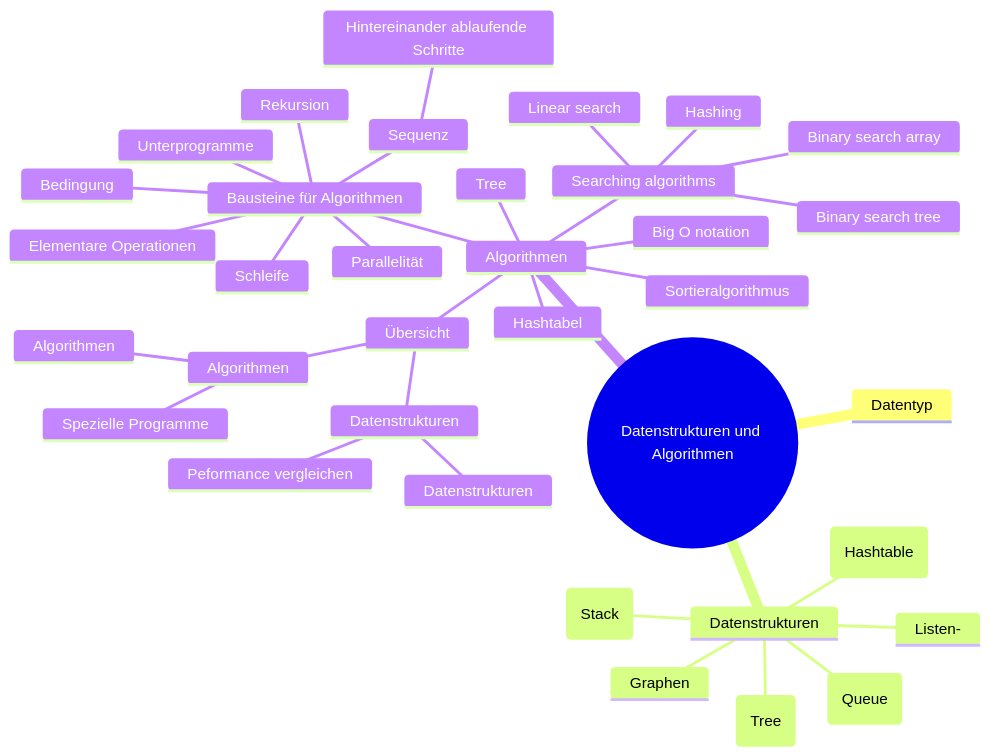
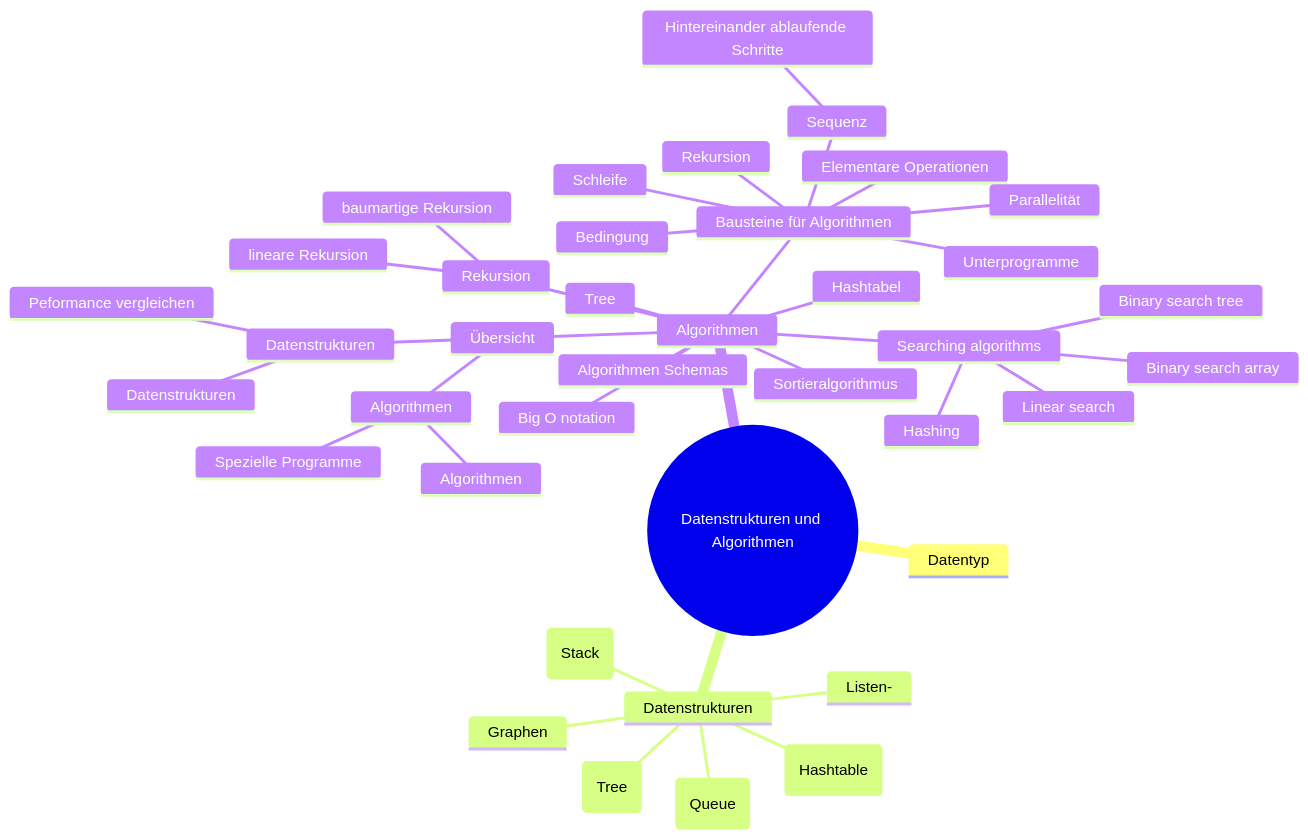
The diagram in docs/index.md (tsolenthaler/zbwAlgDs), drawn with Mermaid before and after one commit. The commit also changed 6 other files, not shown here.

````diff
--- a/docs/index.md
+++ b/docs/index.md
@@ -6,40 +6,45 @@
 ``` mermaid
 mindmap
     root((Datenstrukturen und Algorithmen))
         Datentyp
         Datenstrukturen
             Listen-
             Baumstrukturen (Tree)
             Warteschlangen (Queue)
             Stapel (Stack)
             Hashtabellen (Hashtable)
             Graphen
 
         Algorithmen
             Übersicht
                 Datenstrukturen
                     Peformance vergleichen
                     Datenstrukturen
                 Algorithmen
                     Algorithmen
                     Spezielle Programme
             Bausteine für Algorithmen
                 Elementare Operationen
                 Sequenz
                     Hintereinander ablaufende Schritte
                 Parallelität
                 Bedingung
                 Schleife
                 Unterprogramme
                 Rekursion
+            Algorithmen Schemas
 
             Big O notation
             Hashtabel
             Tree
             Sortieralgorithmus
             Searching algorithms
                 Linear search
                 Binary search array
                 Binary search tree
                 Hashing
+
+            Rekursion
+                lineare Rekursion
+                baumartige Rekursion
 ```
````
